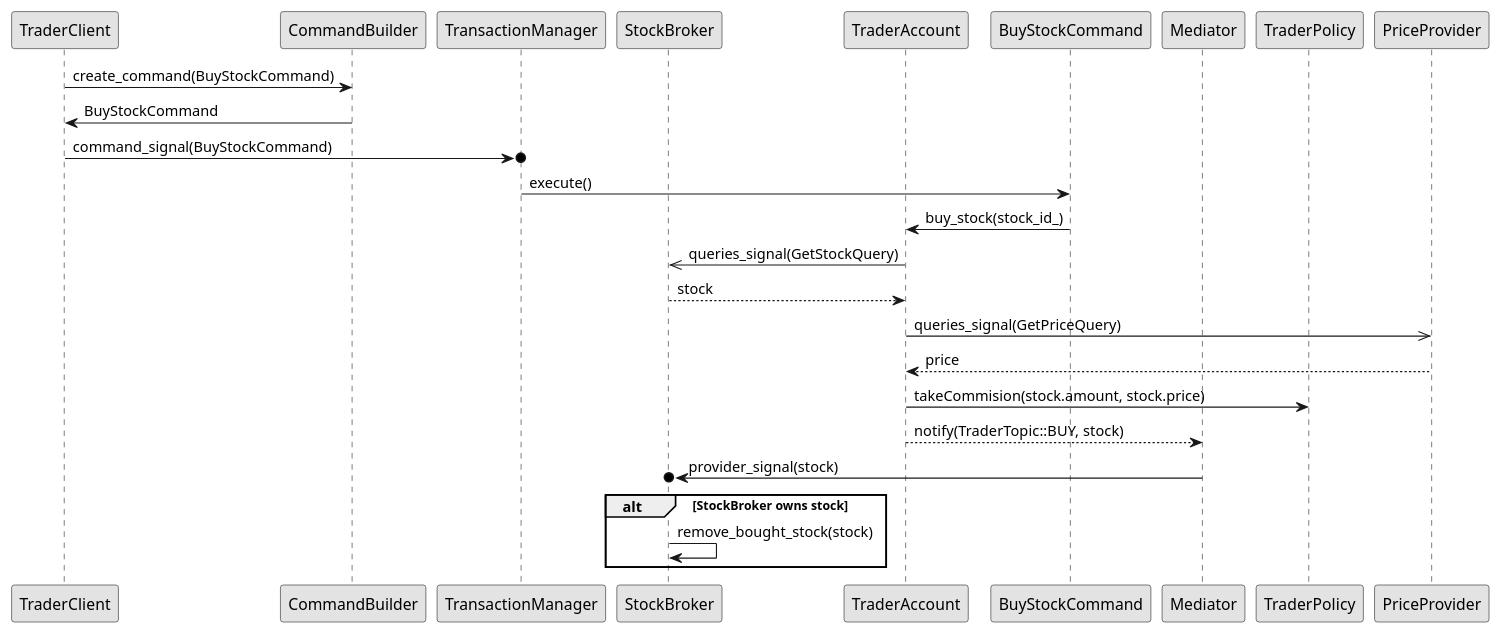
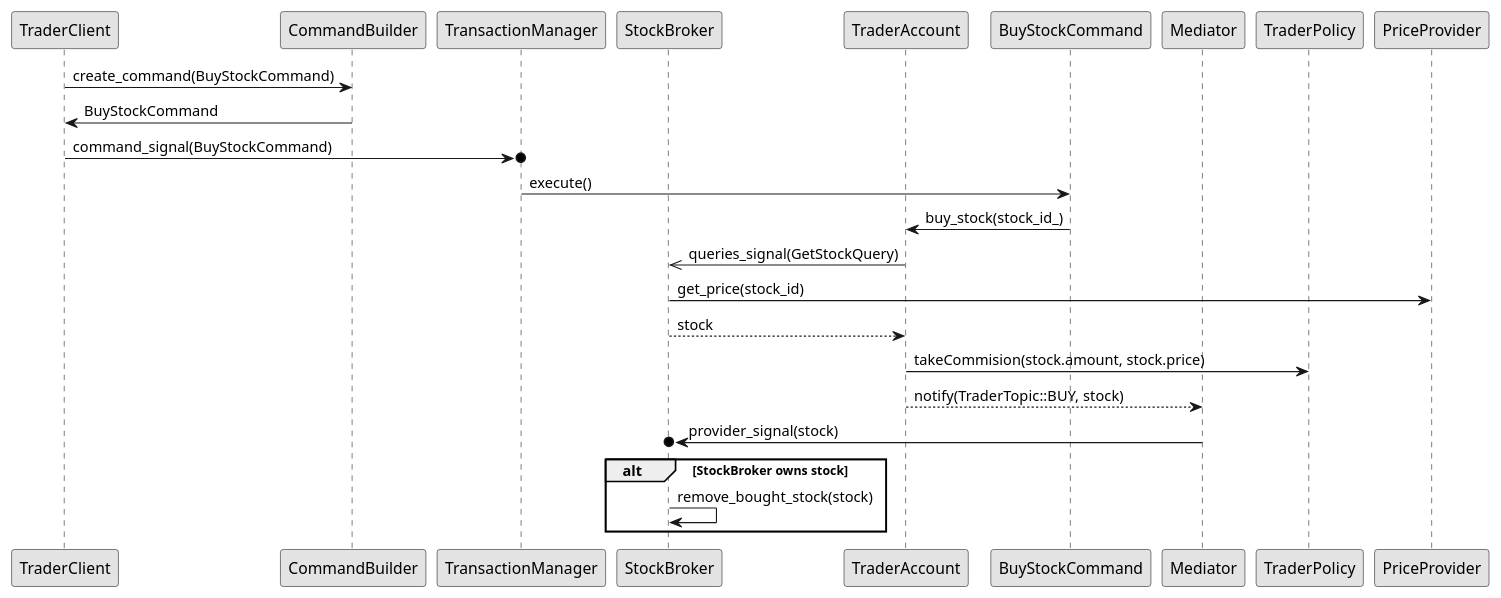
Before and after one commit to MarcusGasberg/apk_stock_market: the diagram in stock-market-seq (BUY).wsd, drawn with PlantUML. The commit also changed 4 other files, not shown here.

Commit message:
Updated diagrams

```diff
--- a/stock-market-seq (BUY).wsd
+++ b/stock-market-seq (BUY).wsd
@@ -1,30 +1,29 @@
 @startuml StockMarketSequenceDiagramBuy
 skinparam Monochrome true
 skinparam Shadowing false
 
 participant TraderClient 
 participant CommandBuilder
 participant TransactionManager  
 participant StockBroker 
 participant TraderAccount 
 participant BuyStockCommand
 participant Mediator 
 participant TraderPolicy
 participant PriceProvider 
 
 TraderClient -> CommandBuilder: create_command(BuyStockCommand)
 CommandBuilder -> TraderClient: BuyStockCommand
 TraderClient ->o TransactionManager: command_signal(BuyStockCommand)
 TransactionManager -> BuyStockCommand: execute()
 BuyStockCommand -> TraderAccount: buy_stock(stock_id_)
 TraderAccount ->> StockBroker: queries_signal(GetStockQuery)
+StockBroker -> PriceProvider: get_price(stock_id)
 StockBroker --> TraderAccount: stock 
-TraderAccount ->> PriceProvider: queries_signal(GetPriceQuery) 
-PriceProvider --> TraderAccount: price 
 TraderAccount -> TraderPolicy: takeCommision(stock.amount, stock.price)
 TraderAccount --> Mediator: notify(TraderTopic::BUY, stock) 
 Mediator ->o StockBroker: provider_signal(stock)  
 alt StockBroker owns stock 
     StockBroker -> StockBroker: remove_bought_stock(stock) 
 end 
 @enduml
```
